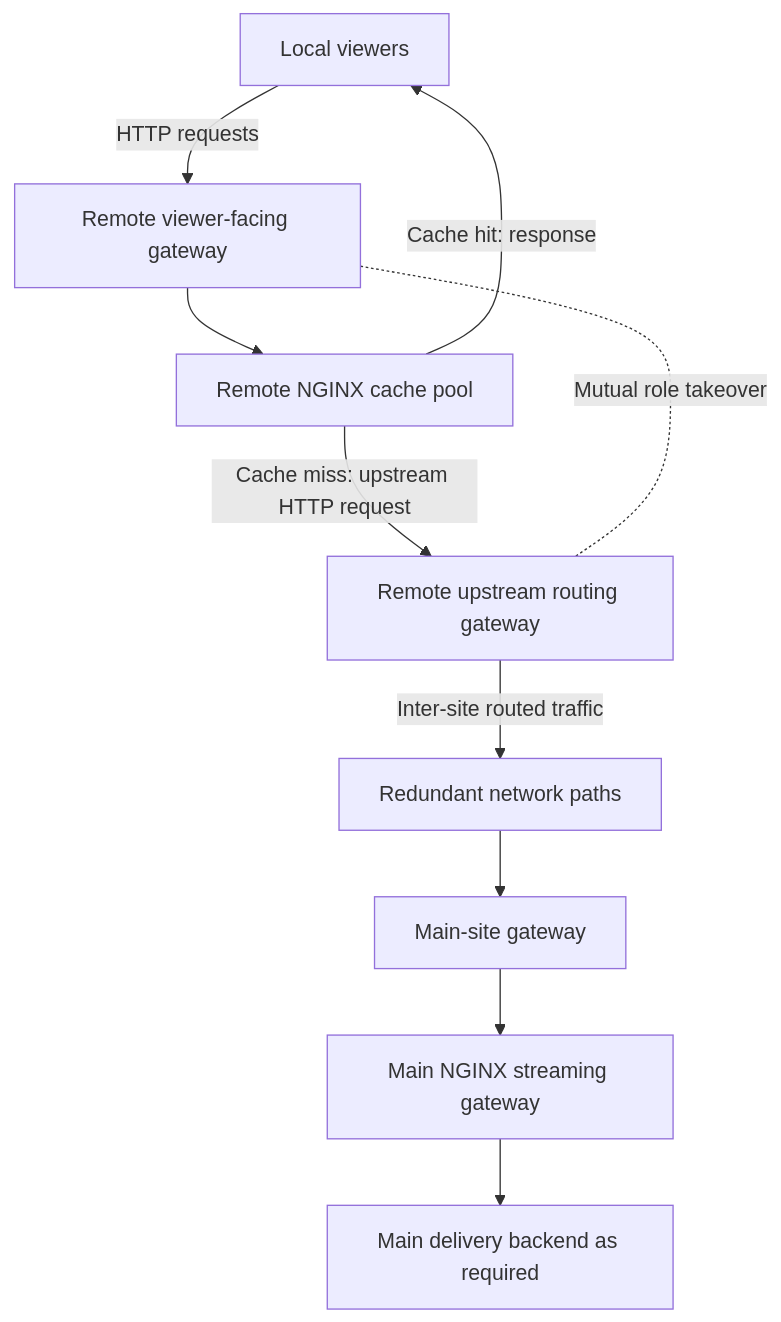
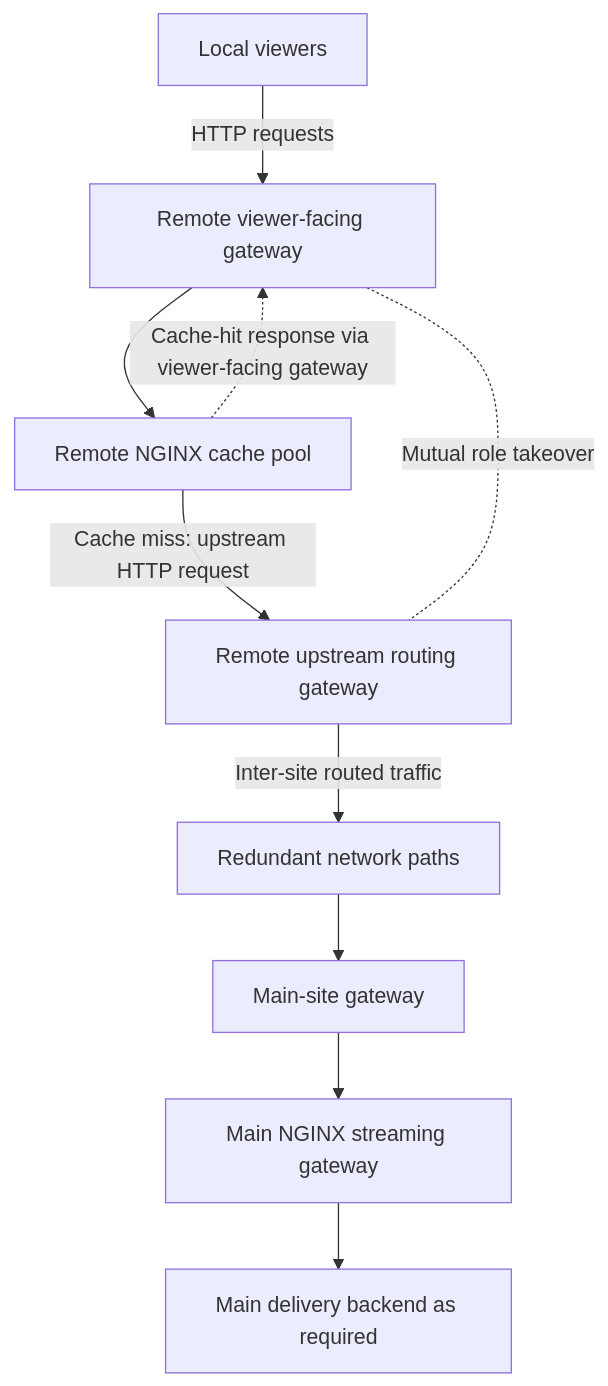
Before and after one commit to minnthuwinn/infrastructure-portfolio: the third of 3 diagrams in projects/ip-001/architecture.md, drawn with Mermaid. The commit also changed other lines of this file, not shown here.

Commit message:
Clarify cache-hit response path

````diff
--- a/projects/ip-001/architecture.md
+++ b/projects/ip-001/architecture.md
@@ -39,12 +39,12 @@
 ```mermaid
 flowchart TD
     V[Local viewers] -->|HTTP requests| A[Remote viewer-facing gateway]
     A --> C[Remote NGINX cache pool]
     C -->|Cache miss: upstream HTTP request| B[Remote upstream routing gateway]
-    C -->|Cache hit: response| V
+    C -. Cache-hit response via viewer-facing gateway .-> A
     B -->|Inter-site routed traffic| N[Redundant network paths]
     N --> M[Main-site gateway]
     M --> L[Main NGINX streaming gateway]
     L --> P[Main delivery backend as required]
     A -. Mutual role takeover .- B
 ```
````
